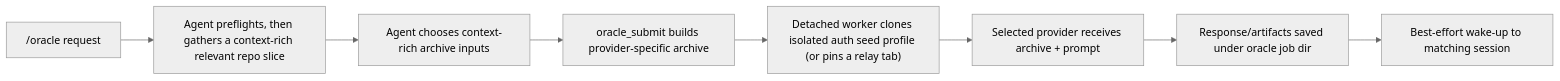
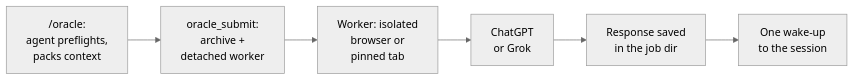
The diagram in README.md (JSRRosenbaum/omp-oracle), drawn with Mermaid (neutral theme) before and after one commit. The commit also changed other lines of this file, not shown here.

````diff
--- a/README.md
+++ b/README.md
@@ -182,10 +181,8 @@
 ```mermaid
 flowchart LR
-    A["/oracle request"] --> B["Agent preflights, then gathers a context-rich relevant repo slice"]
-    B --> C["Agent chooses context-rich archive inputs"]
-    C --> D["oracle_submit builds provider-specific archive"]
-    D --> E["Detached worker clones isolated auth seed profile (or pins a relay tab)"]
-    E --> F["Selected provider receives archive + prompt"]
-    F --> G["Response/artifacts saved under oracle job dir"]
-    G --> H["Best-effort wake-up to matching session"]
+    A["/oracle:<br/>agent preflights,<br/>packs context"] --> B["oracle_submit:<br/>archive +<br/>detached worker"]
+    B --> C["Worker: isolated<br/>browser or<br/>pinned tab"]
+    C --> D["ChatGPT<br/>or Grok"]
+    D --> E["Response saved<br/>in the job dir"]
+    E --> F["One wake-up<br/>to the session"]
 ```
````
